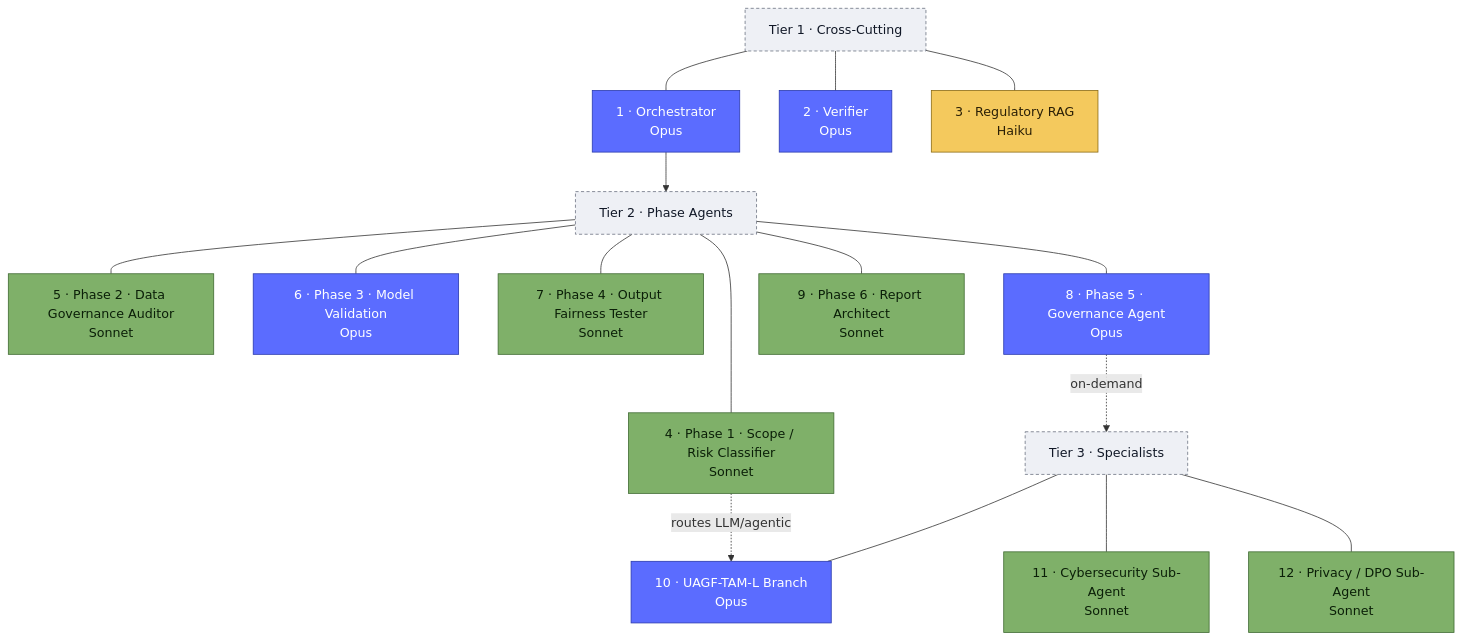
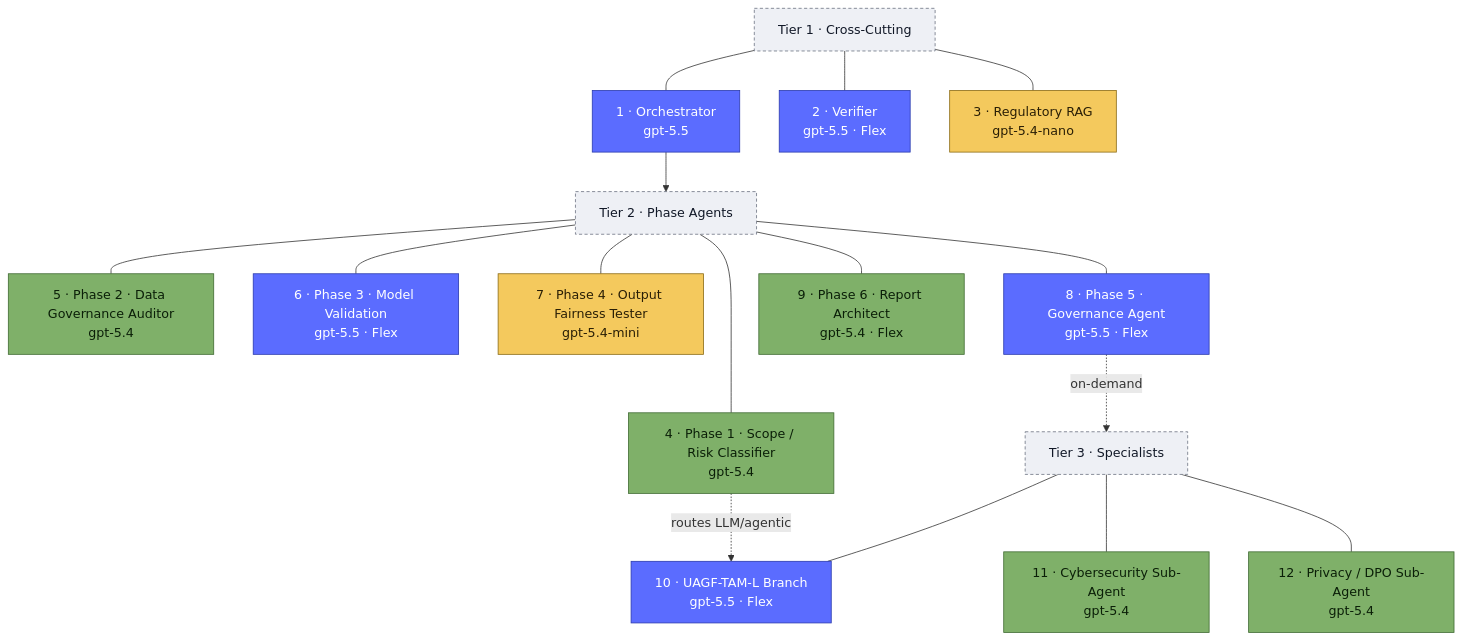
Before and after one commit to Nitanshu99/UAGF_TAM_AAA: the first of 3 diagrams in ARCHITECTURE.md, drawn with Mermaid. The commit also changed other lines of this file, not shown here.

````diff
--- a/ARCHITECTURE.md
+++ b/ARCHITECTURE.md
@@ -146,33 +146,33 @@
 ```mermaid
 flowchart TD
-    classDef opus fill:#5b6cff,stroke:#2a3aad,color:#ffffff,stroke-width:1px
-    classDef sonnet fill:#7fb069,stroke:#3f6a32,color:#0b1f08,stroke-width:1px
-    classDef haiku fill:#f4c95d,stroke:#8a6a14,color:#2a1f06,stroke-width:1px
+    classDef high fill:#5b6cff,stroke:#2a3aad,color:#ffffff,stroke-width:1px
+    classDef mid fill:#7fb069,stroke:#3f6a32,color:#0b1f08,stroke-width:1px
+    classDef low fill:#f4c95d,stroke:#8a6a14,color:#2a1f06,stroke-width:1px
     classDef tier fill:#eef0f5,stroke:#6b7280,color:#111827,stroke-width:1px,stroke-dasharray:4 3
 
     T1[Tier 1 · Cross-Cutting]:::tier
     T2[Tier 2 · Phase Agents]:::tier
     T3[Tier 3 · Specialists]:::tier
 
-    A1["1 · Orchestrator<br/>Opus"]:::opus
-    A2["2 · Verifier<br/>Opus"]:::opus
-    A3["3 · Regulatory RAG<br/>Haiku"]:::haiku
+    A1["1 · Orchestrator<br/>gpt-5.5"]:::high
+    A2["2 · Verifier<br/>gpt-5.5 · Flex"]:::high
+    A3["3 · Regulatory RAG<br/>gpt-5.4-nano"]:::low
 
-    A4["4 · Phase 1 · Scope / Risk Classifier<br/>Sonnet"]:::sonnet
-    A5["5 · Phase 2 · Data Governance Auditor<br/>Sonnet"]:::sonnet
-    A6["6 · Phase 3 · Model Validation<br/>Opus"]:::opus
-    A7["7 · Phase 4 · Output Fairness Tester<br/>Sonnet"]:::sonnet
-    A8["8 · Phase 5 · Governance Agent<br/>Opus"]:::opus
-    A9["9 · Phase 6 · Report Architect<br/>Sonnet"]:::sonnet
+    A4["4 · Phase 1 · Scope / Risk Classifier<br/>gpt-5.4"]:::mid
+    A5["5 · Phase 2 · Data Governance Auditor<br/>gpt-5.4"]:::mid
+    A6["6 · Phase 3 · Model Validation<br/>gpt-5.5 · Flex"]:::high
+    A7["7 · Phase 4 · Output Fairness Tester<br/>gpt-5.4-mini"]:::low
+    A8["8 · Phase 5 · Governance Agent<br/>gpt-5.5 · Flex"]:::high
+    A9["9 · Phase 6 · Report Architect<br/>gpt-5.4 · Flex"]:::mid
 
-    A10["10 · UAGF-TAM-L Branch<br/>Opus"]:::opus
-    A11["11 · Cybersecurity Sub-Agent<br/>Sonnet"]:::sonnet
-    A12["12 · Privacy / DPO Sub-Agent<br/>Sonnet"]:::sonnet
+    A10["10 · UAGF-TAM-L Branch<br/>gpt-5.5 · Flex"]:::high
+    A11["11 · Cybersecurity Sub-Agent<br/>gpt-5.4"]:::mid
+    A12["12 · Privacy / DPO Sub-Agent<br/>gpt-5.4"]:::mid
 
     T1 --- A1 & A2 & A3
     A1 --> T2
     T2 --- A4 & A5 & A6 & A7 & A8 & A9
     A4 -. routes LLM/agentic .-> A10
     A8 -. on-demand .-> T3
     T3 --- A10 & A11 & A12
 ```
````
